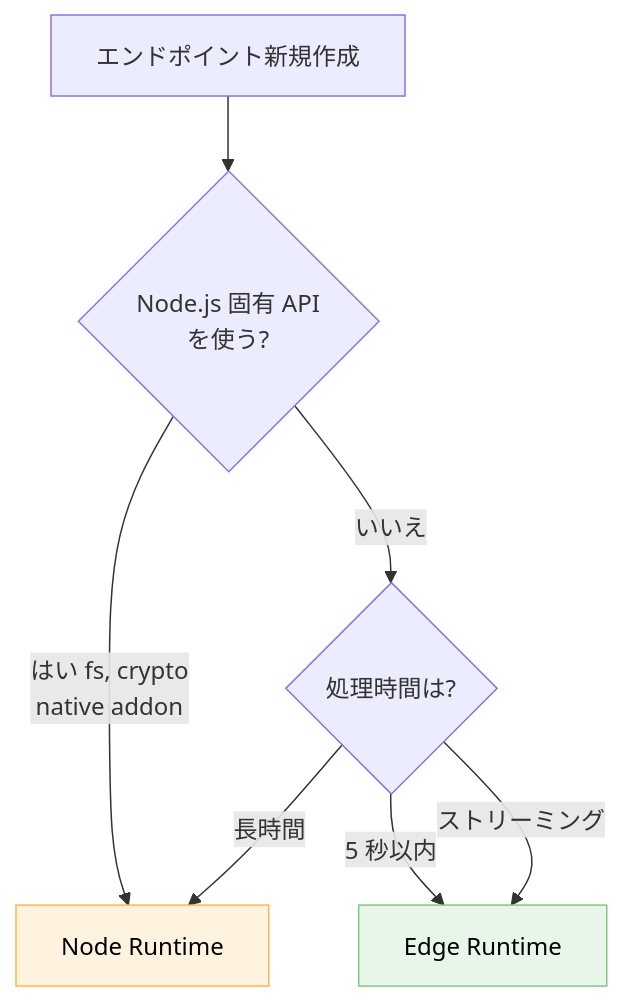
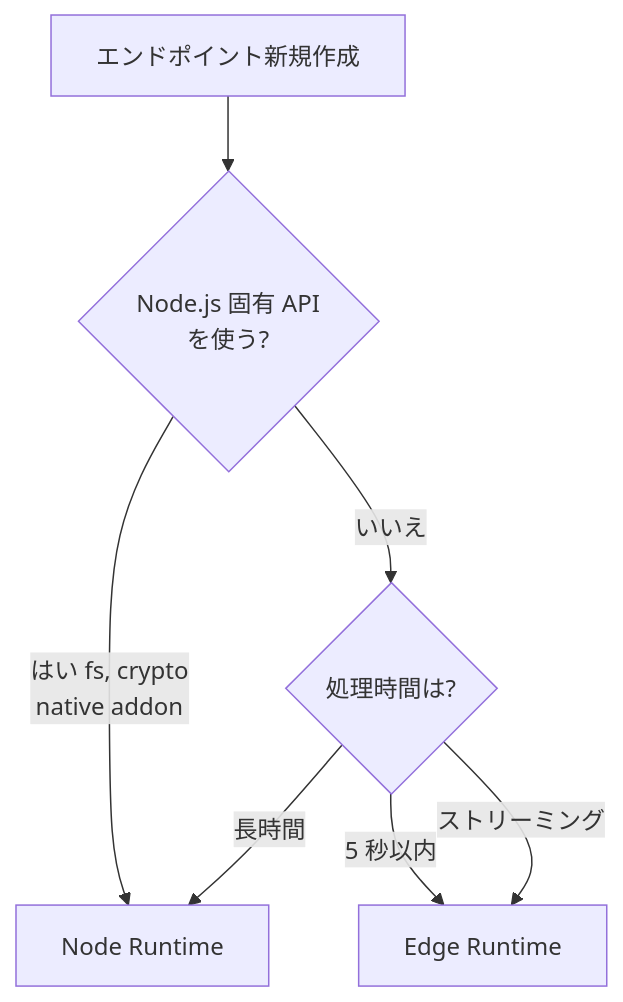
One commit to dinekt/dinekt-wiki changed the diagram in docs/tech-notes/edge-runtime-vs-node-runtime-の使い分け.md. Above: the diagram before and after it, drawn with Mermaid. The commit also changed 70 other files, not shown here.

First line of the commit message:
fix(mermaid): strip all inline styling, rely on theme

````diff
--- a/docs/tech-notes/edge-runtime-vs-node-runtime-の使い分け.md
+++ b/docs/tech-notes/edge-runtime-vs-node-runtime-の使い分け.md
@@ -23,12 +23,10 @@
 ```mermaid
 flowchart TD
     Q[エンドポイント新規作成] --> A{Node.js 固有 API<br/>を使う?}
     A -->|はい fs, crypto<br/>native addon| N[Node Runtime]
     A -->|いいえ| B{処理時間は?}
     B -->|5 秒以内| E[Edge Runtime]
     B -->|長時間| N
     B -->|ストリーミング| E
 
-    style E fill:#e8f5e9,stroke:#81c784,color:#000
-    style N fill:#fff3e0,stroke:#ffb74d,color:#000
 ```
````
